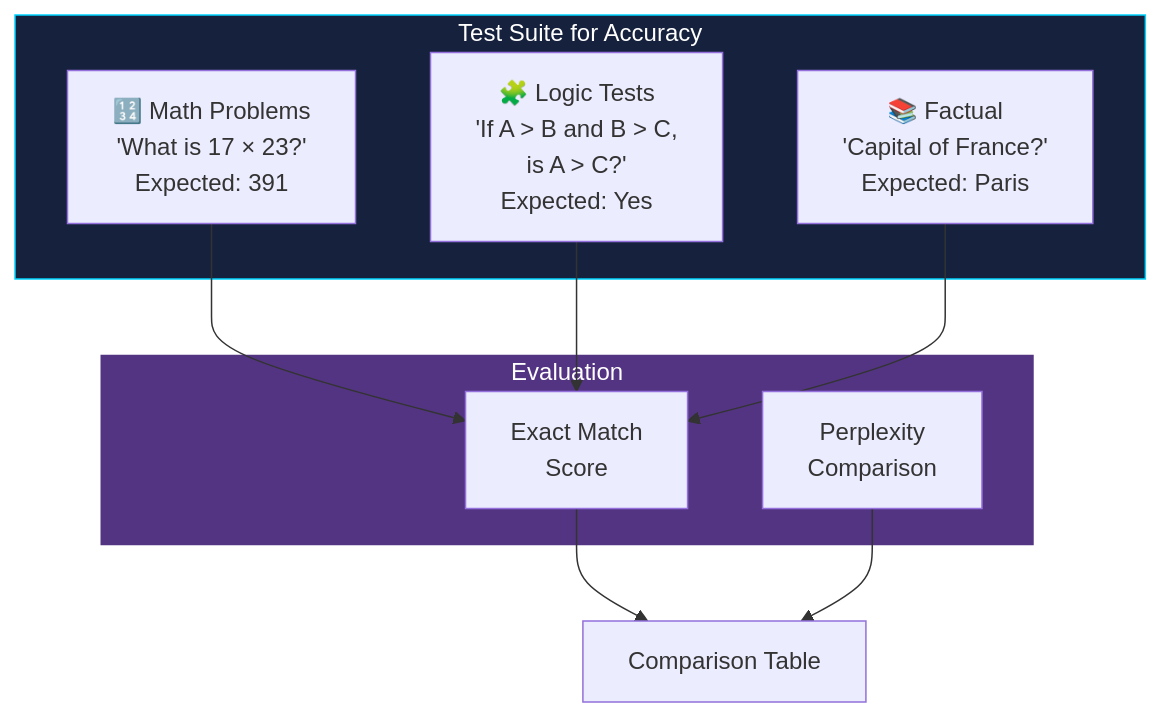
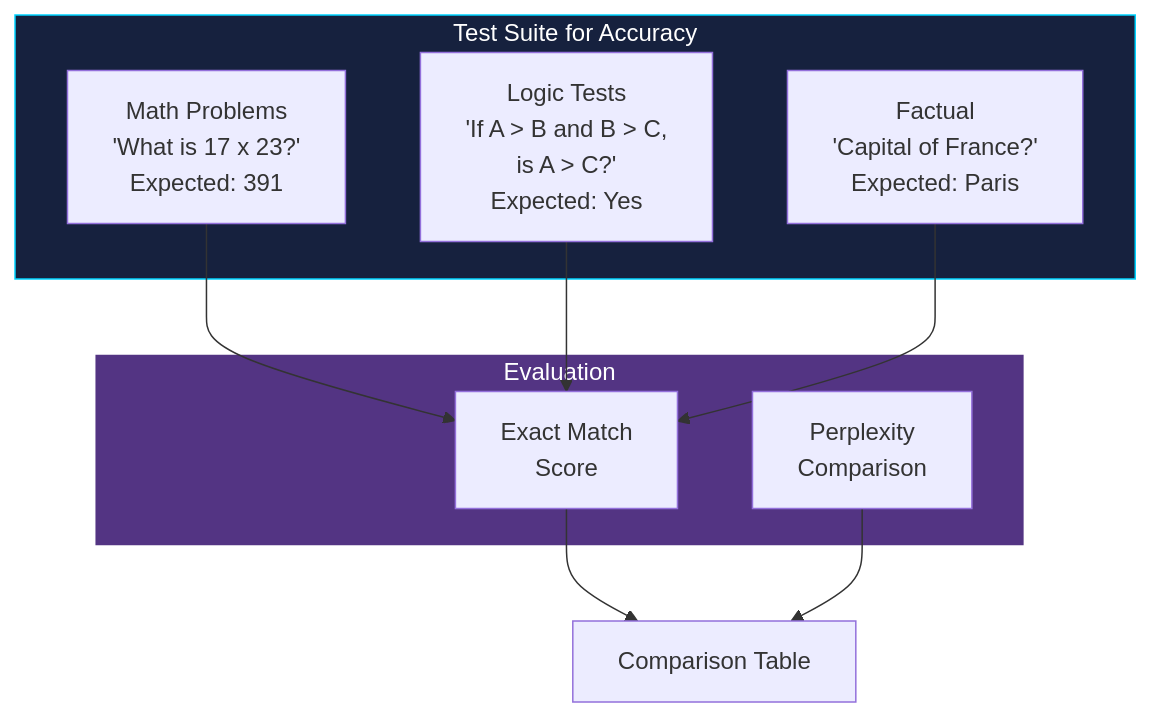
Diagram 13 of 25 in docs/project_documentation.md (ch09/Low_Latency_Inference_optimization_LLM-LL_LLM-), drawn with Mermaid before and after one commit. The commit also changed other lines of this file and 1 other file, not shown here.

````diff
--- a/docs/project_documentation.md
+++ b/docs/project_documentation.md
@@ -488,22 +488,22 @@
 ```mermaid
 flowchart TB
     subgraph TestSuite["Test Suite for Accuracy"]
-        MATH["🔢 Math Problems<br/>'What is 17 × 23?'<br/>Expected: 391"]
-        LOGIC["🧩 Logic Tests<br/>'If A > B and B > C,<br/>is A > C?'<br/>Expected: Yes"]
-        FACT["📚 Factual<br/>'Capital of France?'<br/>Expected: Paris"]
+        MATH["Math Problems<br/>'What is 17 x 23?'<br/>Expected: 391"]
+        LOGIC["Logic Tests<br/>'If A > B and B > C,<br/>is A > C?'<br/>Expected: Yes"]
+        FACT["Factual<br/>'Capital of France?'<br/>Expected: Paris"]
     end
 
     subgraph Eval["Evaluation"]
         EXACT["Exact Match<br/>Score"]
         PERP["Perplexity<br/>Comparison"]
     end
 
     MATH --> EXACT
     LOGIC --> EXACT
     FACT --> EXACT
     EXACT --> TABLE["Comparison Table"]
     PERP --> TABLE
 
     style TestSuite fill:#16213e,stroke:#00d4ff,color:#fff
     style Eval fill:#533483,stroke:#fff,color:#fff
 ```
````
